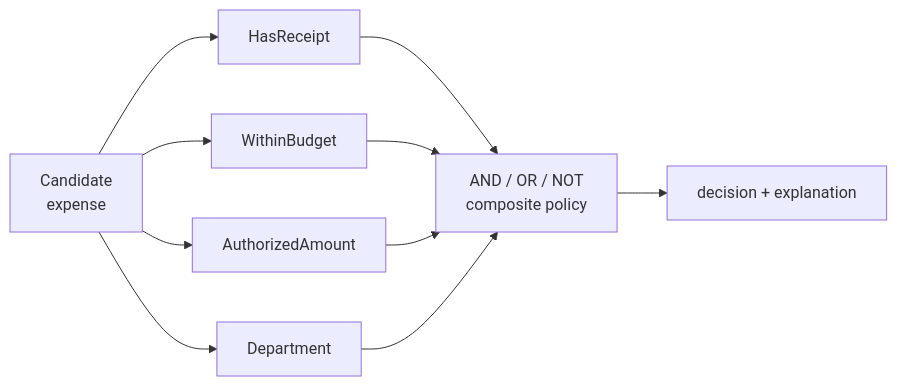
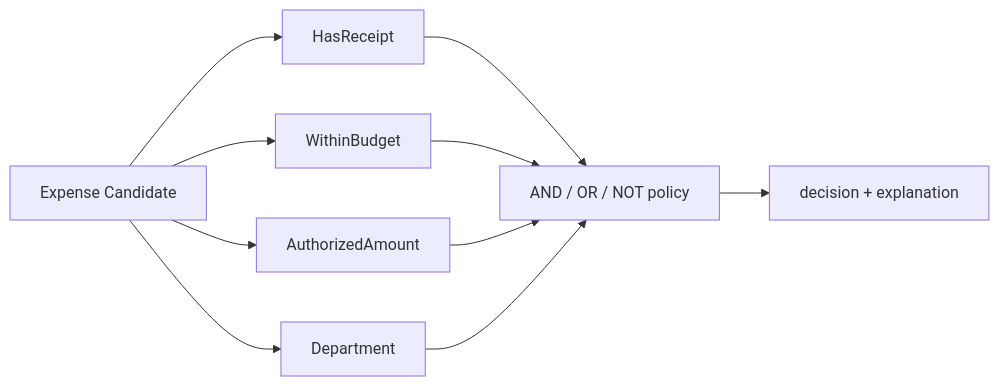
One commit to MetaInFLow/skillware-patterns changed the diagram in patterns/specification/README.md. Above: the diagram before and after it, drawn with Mermaid. The commit also changed other lines of this file and 12 other files, not shown here.

````diff
--- a/patterns/specification/README.md
+++ b/patterns/specification/README.md
@@ -33,12 +21,12 @@
 ```mermaid
 flowchart LR
-    C[Candidate\nexpense] --> H[HasReceipt]
+    C[Expense Candidate] --> H[HasReceipt]
     C --> B[WithinBudget]
     C --> A[AuthorizedAmount]
     C --> D[Department]
-    H --> AND[AND / OR / NOT\ncomposite policy]
-    B --> AND
-    A --> AND
-    D --> AND
-    AND --> O[decision + explanation]
+    H --> P[AND / OR / NOT policy]
+    B --> P
+    A --> P
+    D --> P
+    P --> O[decision + explanation]
 ```
````
